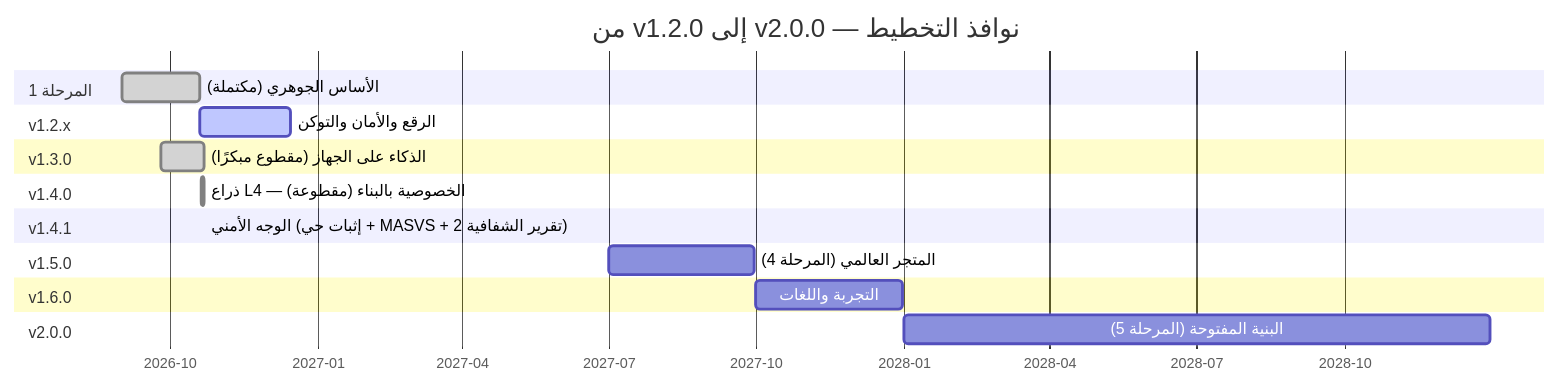
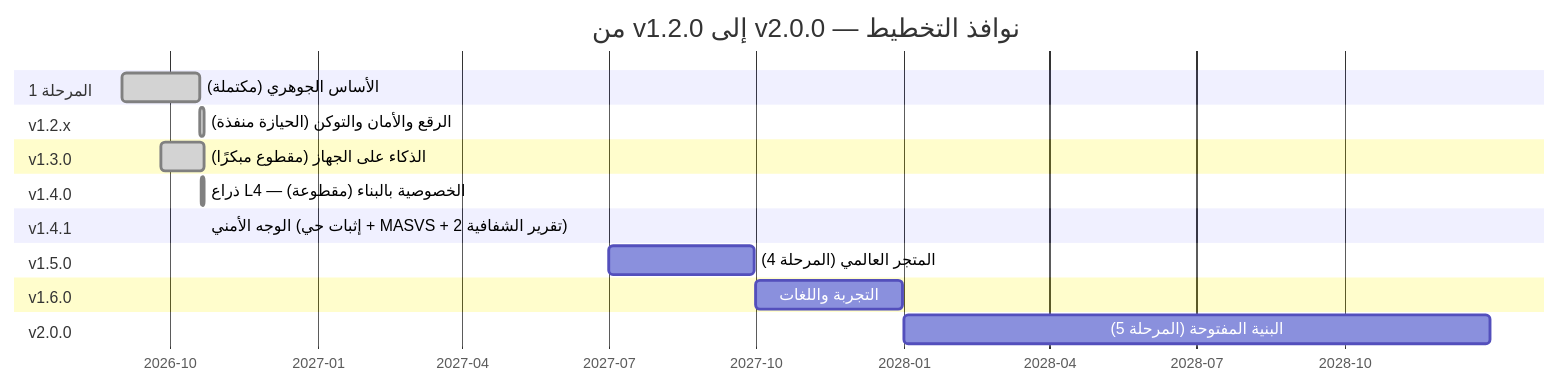
The second of 2 diagrams in docs/ROADMAP.md (CTO-DRS/DRS-Smart-Keyboard), drawn with Mermaid before and after one commit. The commit also changed other lines of this file and 7 other files, not shown here.

````diff
--- a/docs/ROADMAP.md
+++ b/docs/ROADMAP.md
@@ -134,22 +134,22 @@
 ```mermaid
 gantt
     title من v1.2.0 إلى v2.0.0 — نوافذ التخطيط
     dateFormat  YYYY-MM-DD
     axisFormat  %Y-%m
     section المرحلة 1
     الأساس الجوهري (مكتملة)        :done, p1, 2026-09-01, 2026-10-19
     section v1.2.x
-    الرقع والأمان والتوكن          :active, p12, 2026-10-19, 2026-12-15
+    الرقع والأمان والتوكن (الحيازة منفذة) :done, p12, 2026-10-19, 2026-10-22
     section v1.3.0
     الذكاء على الجهاز (مقطوع مبكرًا)  :done, p13, 2026-09-25, 2026-10-22
     section v1.4.0
     ذراع L4 — الخصوصية بالبناء (مقطوعة)  :done, p14, 2026-10-20, 2026-10-22
     section v1.4.1
     الوجه الأمني (إثبات حي + MASVS + تقرير الشفافية 2)  :done, p14x, 2026-10-22, 2026-10-22
     section v1.5.0
     المتجر العالمي (المرحلة 4)     :p15, 2027-07-01, 2027-09-30
     section v1.6.0
     التجربة واللغات                :p16, 2027-10-01, 2027-12-31
     section v2.0.0
     البنية المفتوحة (المرحلة 5)    :p20, 2028-01-01, 2028-12-31
 ```
````
